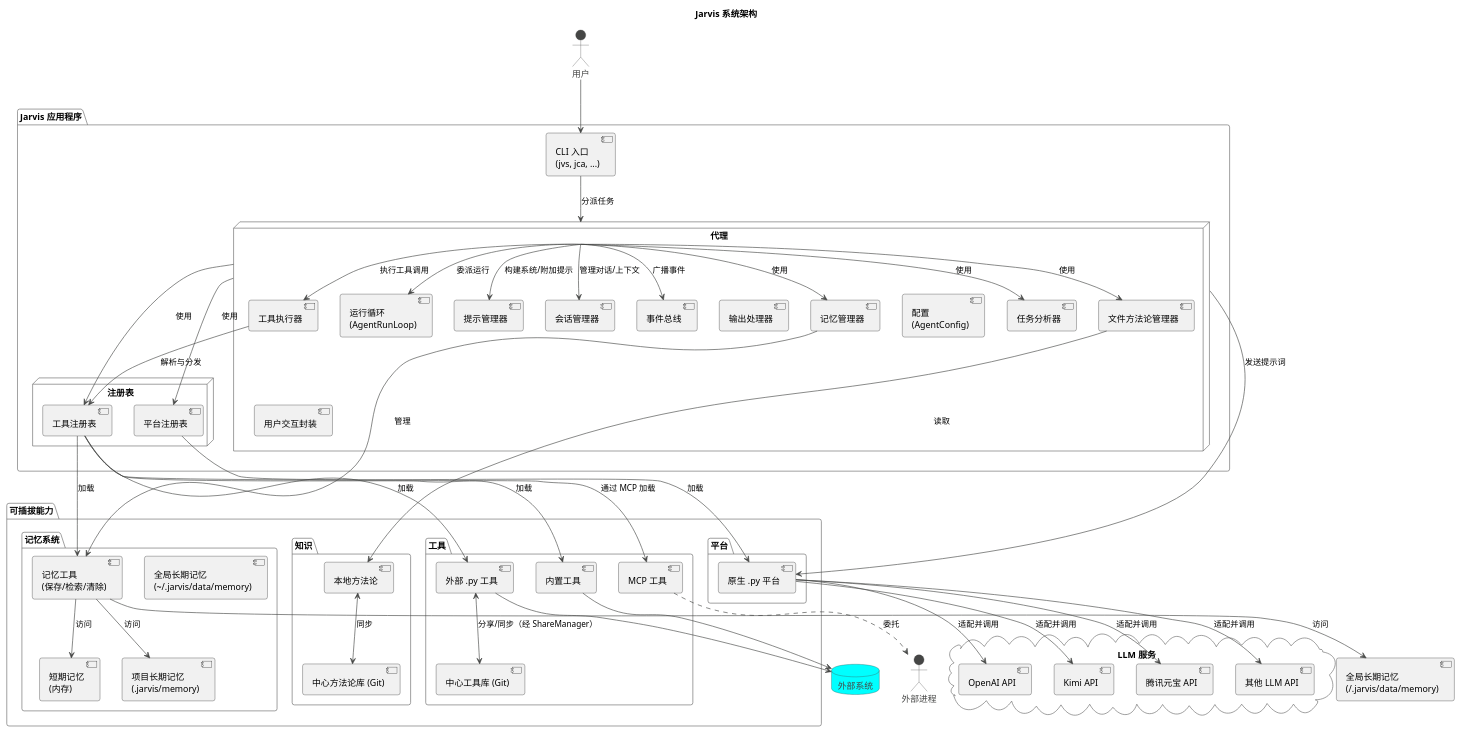
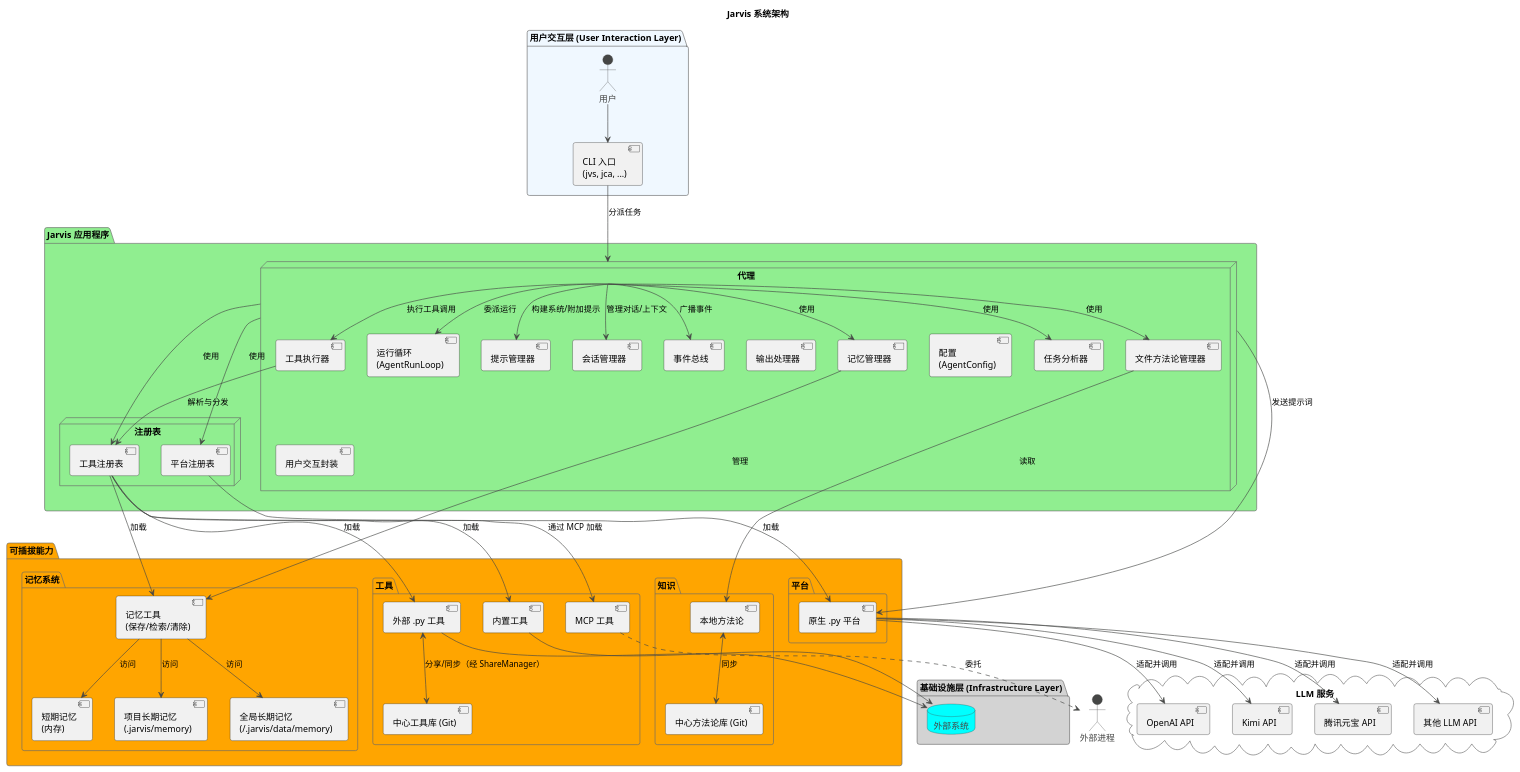
The first of 3 diagrams in docs/jarvis_book/3.核心概念与架构.md (skyfireitdiy/Jarvis), drawn with PlantUML before and after one commit. The commit also changed 1 other file, not shown here.

Commit message:
docs(jarvis_book): 更新系统架构图并统一组件命名与关系
在“1.项目介绍”和“3.核心概念与架构”中重绘 PlantUML 架构图，新增“用户交互层”“基础设施层”和云端 LLM 服务表示，细化代理内部组件（运行循环、提示/会话管理、事件总线、工具执行器、记忆/任务/文件管理等），并拆分注册表与可插拔能力以明确工具/平台/知识/记忆系统的边界。同时规范别名与节点命名（User、ExternalSystem、LocalMethodology 等），修正指向关系并补充标题与说明

这些调整提升了文档的一致性与可读性，减少术语歧义，帮助读者更准确理解系统结构并支持后续扩展

````diff
--- a/docs/jarvis_book/3.核心概念与架构.md
+++ b/docs/jarvis_book/3.核心概念与架构.md
@@ -74,11 +74,12 @@
 
 title Jarvis 系统架构
 
-actor 用户
+package "用户交互层 (User Interaction Layer)" #AliceBlue {
+    actor 用户 as User
+    [CLI 入口\n(jvs, jca, ...)] as CLI
+}
 
-package "Jarvis 应用程序" {
-    [CLI 入口\n(jvs, jca, ...)] as CLI
-
+package "Jarvis 应用程序" #LightGreen {
     node "代理" {
         [运行循环\n(AgentRunLoop)]
         [输出处理器]
@@ -100,7 +101,7 @@
     }
 }
 
-package "可插拔能力" {
+package "可插拔能力" #Orange {
     package "工具" {
         [内置工具]
         [外部 .py 工具]
@@ -111,18 +112,21 @@
         [原生 .py 平台]
     }
     package "知识" {
-        [本地方法论]
+        [本地方法论] as LocalMethodology
         [中心方法论库 (Git)] as CentralMethodology
     }
     package "记忆系统" {
-        [短期记忆\n(内存)]
-        [项目长期记忆\n(.jarvis/memory)]
-        [全局长期记忆\n(\~/.jarvis/data/memory)]
-        [记忆工具\n(保存/检索/清除)]
+        [短期记忆\n(内存)] as ShortMem
+        [项目长期记忆\n(.jarvis/memory)] as ProjMem
+        [全局长期记忆\n(~/.jarvis/data/memory)] as GlobalMem
+        [记忆工具\n(保存/检索/清除)] as MemTools
     }
 }
 
-database "外部系统"
+package "基础设施层 (Infrastructure Layer)" #LightGrey {
+    database "外部系统" as ExternalSystem
+}
+
 cloud "LLM 服务" {
     [OpenAI API]
     [Kimi API]
@@ -130,7 +134,7 @@
     [其他 LLM API]
 }
 
-用户 --> CLI
+User --> CLI
 CLI --> 代理 : 分派任务
 
 代理 --> 工具注册表 : 使用
@@ -155,22 +159,22 @@
 [原生 .py 平台] --> [腾讯元宝 API] : 适配并调用
 [原生 .py 平台] --> [其他 LLM API] : 适配并调用
 
-[内置工具] --> "外部系统"
-[外部 .py 工具] --> "外部系统"
+[内置工具] --> ExternalSystem
+[外部 .py 工具] --> ExternalSystem
 [MCP 工具] ..> "外部进程" : 委托
 
-[文件方法论管理器] --> [本地方法论] : 读取
-[本地方法论] <--> CentralMethodology : 同步
+[文件方法论管理器] --> LocalMethodology : 读取
+LocalMethodology <--> CentralMethodology : 同步
 
-[记忆管理器] --> [记忆工具\n(保存/检索/清除)] : 管理
-[记忆工具\n(保存/检索/清除)] --> [短期记忆\n(内存)] : 访问
-[记忆工具\n(保存/检索/清除)] --> [项目长期记忆\n(.jarvis/memory)] : 访问
-[记忆工具\n(保存/检索/清除)] --> [全局长期记忆\n(~/.jarvis/data/memory)] : 访问
+[记忆管理器] --> MemTools : 管理
+MemTools --> ShortMem : 访问
+MemTools --> ProjMem : 访问
+MemTools --> GlobalMem : 访问
 
 代理 --> [记忆管理器] : 使用
 代理 --> [任务分析器] : 使用
 代理 --> [文件方法论管理器] : 使用
-工具注册表 --> [记忆工具\n(保存/检索/清除)] : 加载
+工具注册表 --> MemTools : 加载
 
 @enduml
 ```
````
